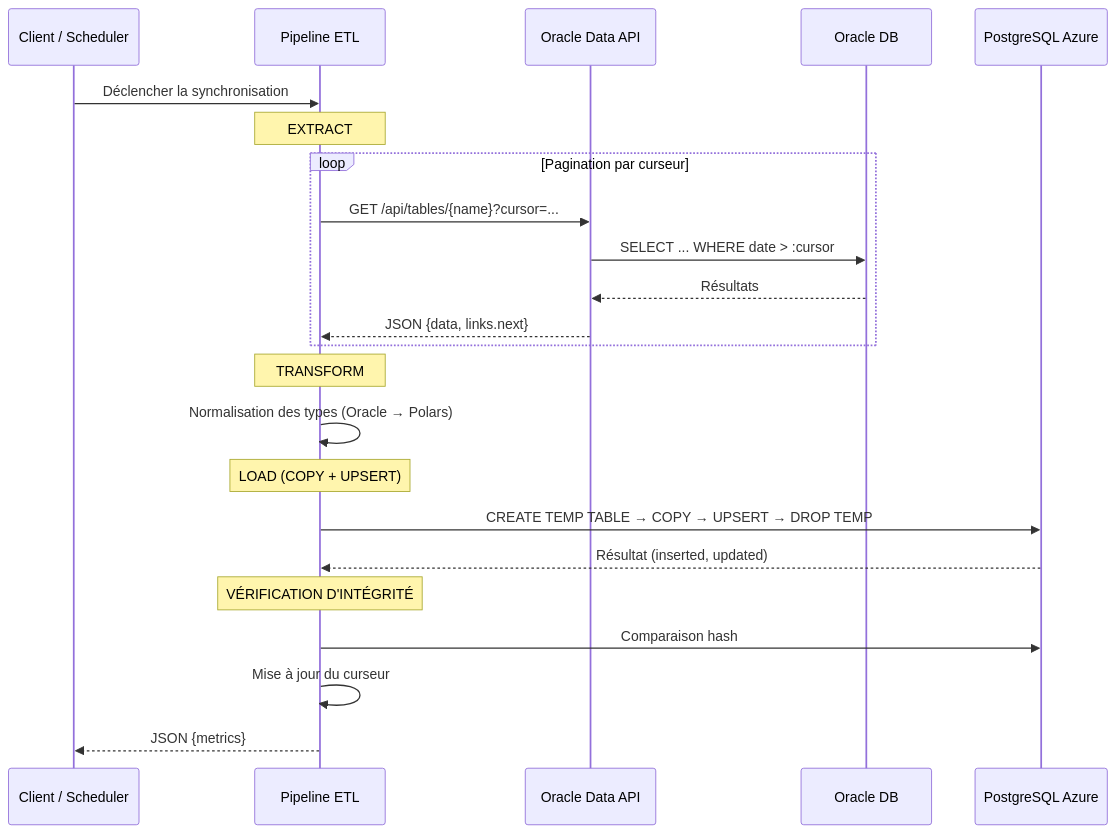
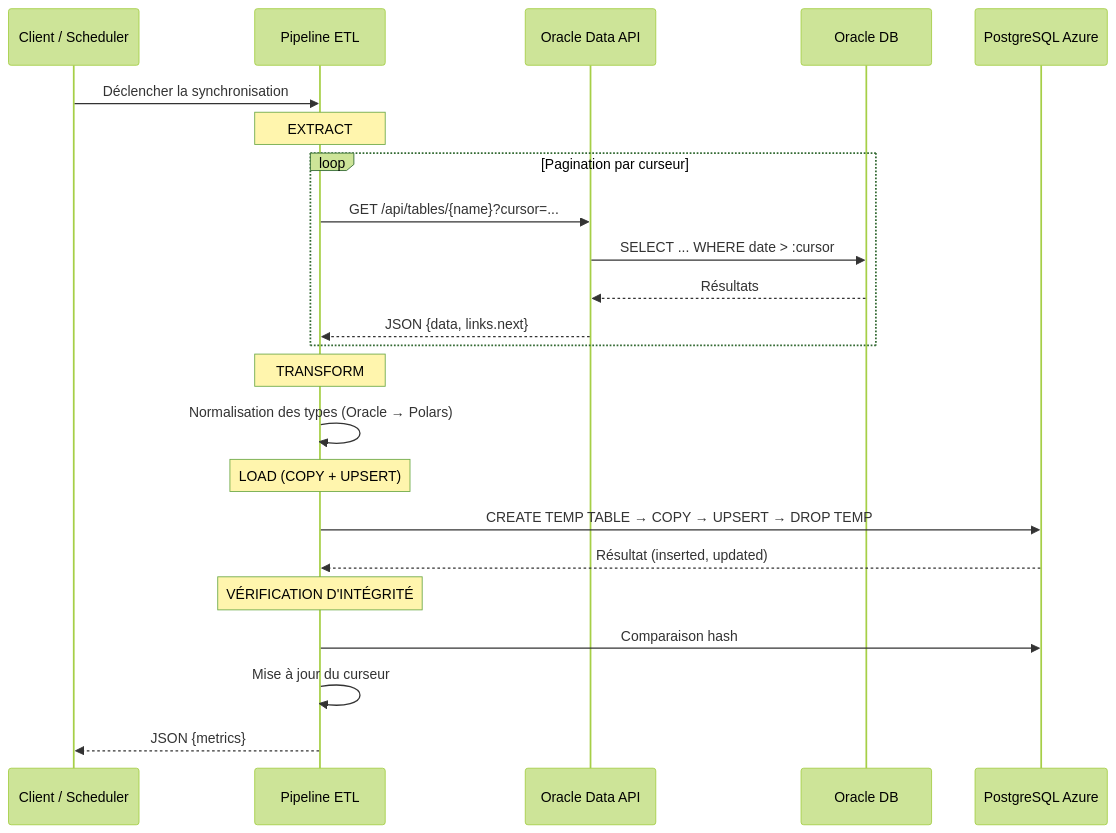
One commit to Ceynou/slidev-fil-rouge changed the second of 2 diagrams in slides/slidev-stage/slides.md. Above: the diagram before and after it, drawn with Mermaid. The commit also changed other lines of this file and 6 other files, not shown here.

````diff
--- a/slides/slidev-stage/slides.md
+++ b/slides/slidev-stage/slides.md
@@ -359,30 +294,35 @@
 ```mermaid {scale: 0.45}
+---
+config:
+  theme: forest
+---
+
 sequenceDiagram
     participant Client as Client / Scheduler
     participant Pipeline as Pipeline ETL
     participant API as Oracle Data API
     participant Oracle as Oracle DB
     participant PG as PostgreSQL Azure
 
     Client->>Pipeline: Déclencher la synchronisation
 
     Note over Pipeline: EXTRACT
     loop Pagination par curseur
         Pipeline->>API: GET /api/tables/{name}?cursor=...
         API->>Oracle: SELECT ... WHERE date > :cursor
         Oracle-->>API: Résultats
         API-->>Pipeline: JSON {data, links.next}
     end
 
     Note over Pipeline: TRANSFORM
     Pipeline->>Pipeline: Normalisation des types (Oracle → Polars)
 
     Note over Pipeline: LOAD (COPY + UPSERT)
     Pipeline->>PG: CREATE TEMP TABLE → COPY → UPSERT → DROP TEMP
     PG-->>Pipeline: Résultat (inserted, updated)
 
     Note over Pipeline: VÉRIFICATION D'INTÉGRITÉ
     Pipeline->>PG: Comparaison hash
     Pipeline->>Pipeline: Mise à jour du curseur
     Pipeline-->>Client: JSON {metrics}
 ```
````
